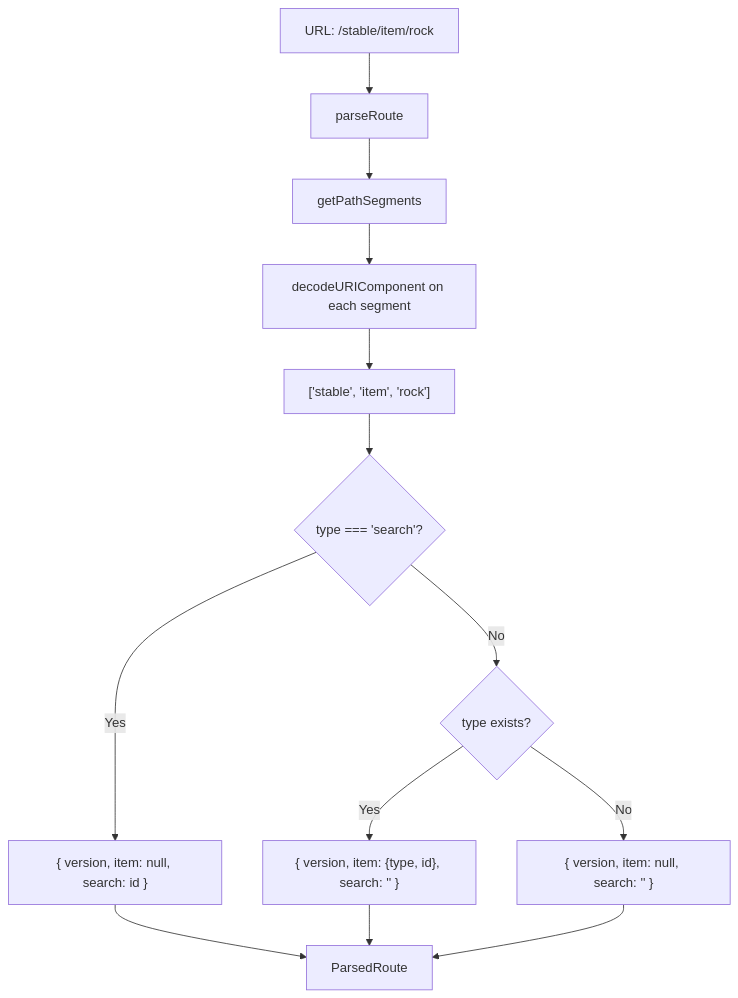
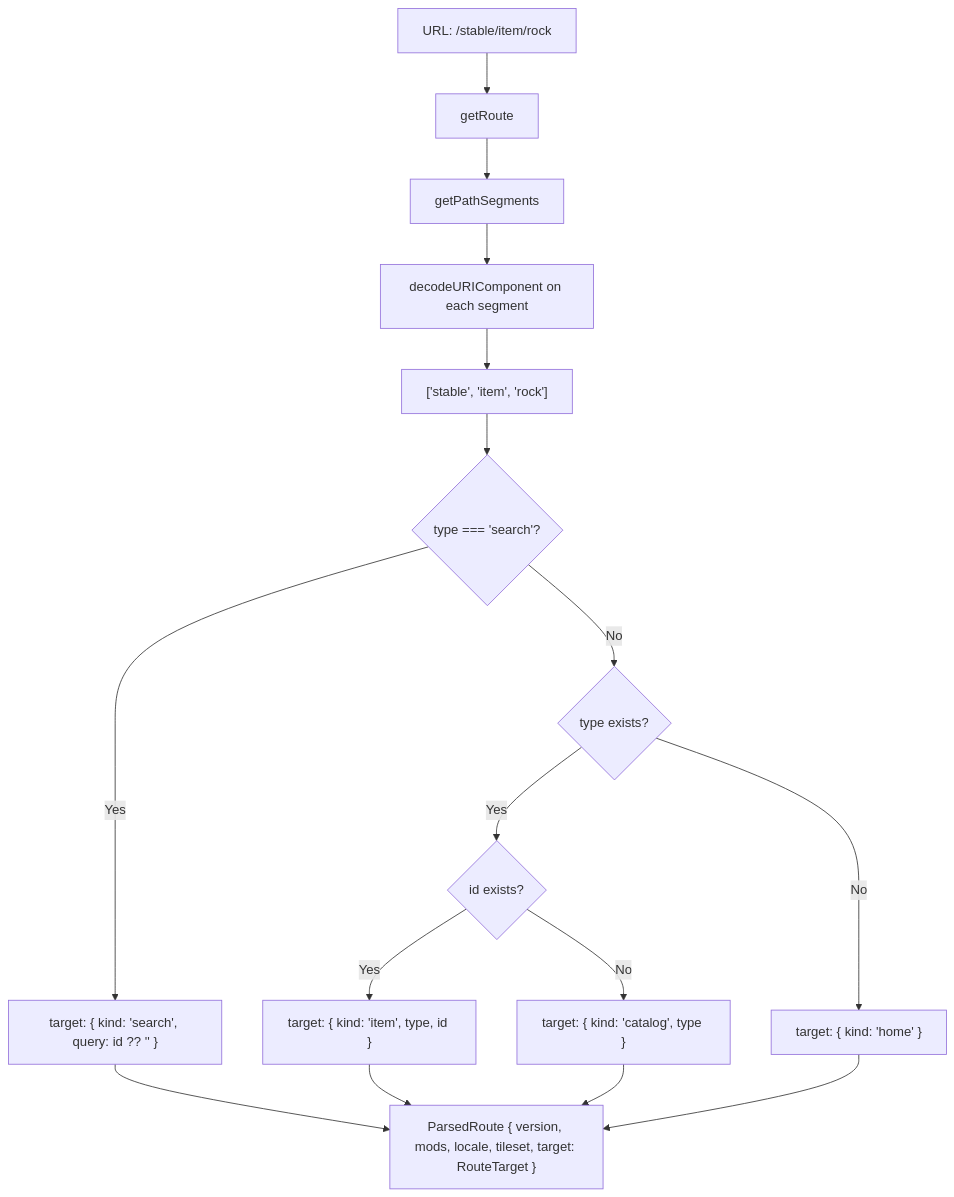
Before and after one commit to ushkinaz/cbn-guide: the second of 2 diagrams in docs/routing.md, drawn with Mermaid. The commit also changed other lines of this file and 11 other files, not shown here.

````diff
--- a/docs/routing.md
+++ b/docs/routing.md
@@ -134,19 +134,23 @@
 ```mermaid
 graph TD
-    Start[URL: /stable/item/rock] --> Parse[parseRoute]
+    Start[URL: /stable/item/rock] --> Parse[getRoute]
 
     Parse --> GetSeg[getPathSegments]
     GetSeg --> Decode[decodeURIComponent on each segment]
     Decode --> Segments["['stable', 'item', 'rock']"]
 
     Segments --> Check{type === 'search'?}
-    Check -->|Yes| SearchRoute["{ version, item: null, search: id }"]
-    Check -->|No| CheckItem{type exists?}
+    Check -->|Yes| SearchTarget["target: { kind: 'search', query: id ?? '' }"]
+    Check -->|No| CheckType{type exists?}
 
-    CheckItem -->|Yes| ItemRoute["{ version, item: {type, id}, search: '' }"]
-    CheckItem -->|No| HomeRoute["{ version, item: null, search: '' }"]
+    CheckType -->|No| HomeTarget["target: { kind: 'home' }"]
+    CheckType -->|Yes| CheckId{id exists?}
 
-    SearchRoute --> Return[ParsedRoute]
-    ItemRoute --> Return
-    HomeRoute --> Return
+    CheckId -->|Yes| ItemTarget["target: { kind: 'item', type, id }"]
+    CheckId -->|No| CatalogTarget["target: { kind: 'catalog', type }"]
+
+    SearchTarget --> Return["ParsedRoute { version, mods, locale, tileset, target: RouteTarget }"]
+    ItemTarget --> Return
+    CatalogTarget --> Return
+    HomeTarget --> Return
 ```
````
